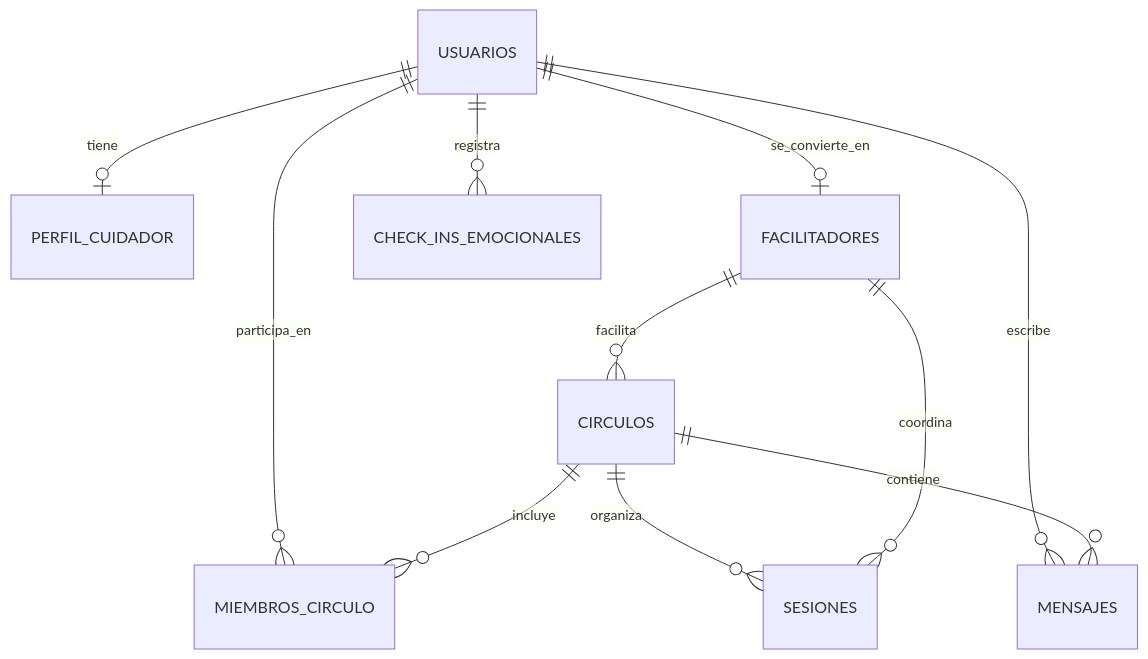
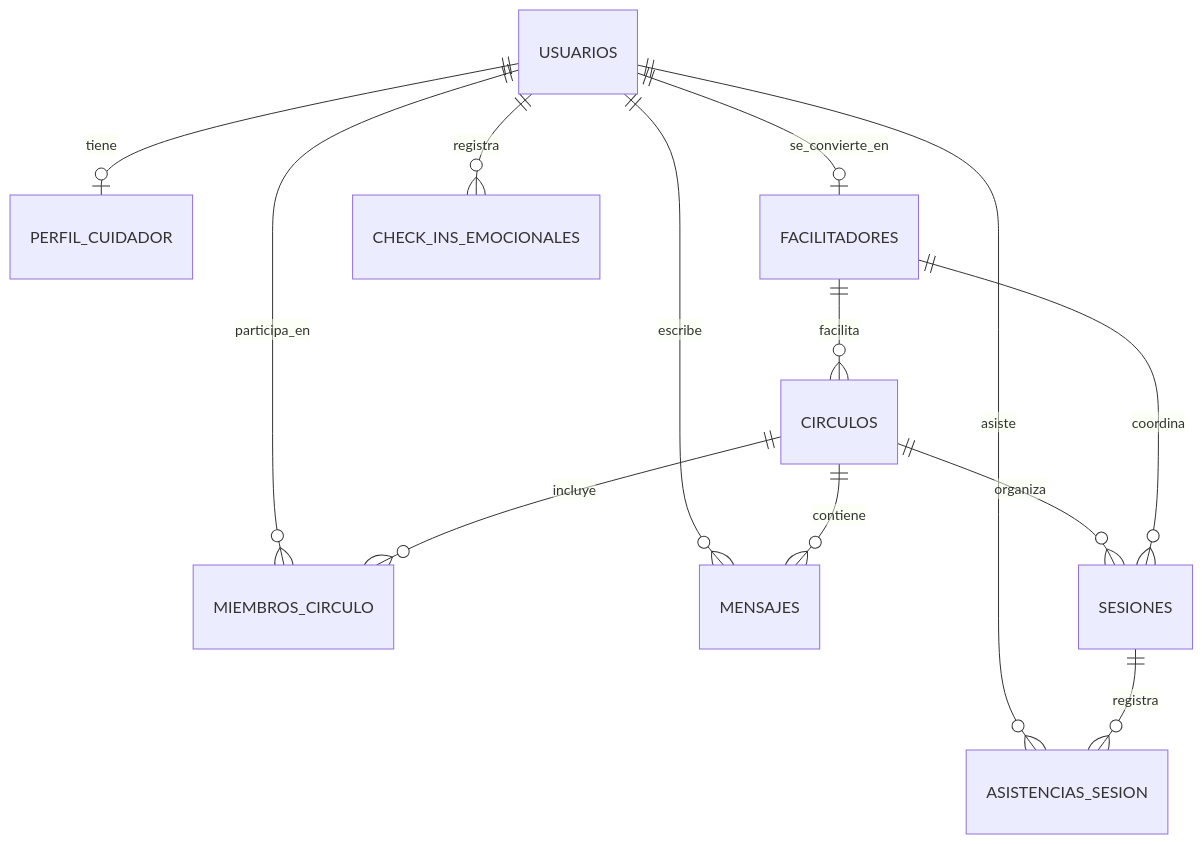
Before and after one commit to Mikelon23/circulos-de-cuidado: the diagram in docs/DB_SCHEMA.md, drawn with Mermaid. The commit also changed other lines of this file and 12 other files, not shown here.

````diff
--- a/docs/DB_SCHEMA.md
+++ b/docs/DB_SCHEMA.md
@@ -165,15 +184,17 @@
 ```mermaid
 erDiagram
   USUARIOS ||--o| PERFIL_CUIDADOR : tiene
   USUARIOS ||--o| FACILITADORES : se_convierte_en
   USUARIOS ||--o{ MIEMBROS_CIRCULO : participa_en
   USUARIOS ||--o{ MENSAJES : escribe
   USUARIOS ||--o{ CHECK_INS_EMOCIONALES : registra
+  USUARIOS ||--o{ ASISTENCIAS_SESION : asiste
 
   CIRCULOS ||--o{ MIEMBROS_CIRCULO : incluye
   CIRCULOS ||--o{ SESIONES : organiza
   CIRCULOS ||--o{ MENSAJES : contiene
+  SESIONES ||--o{ ASISTENCIAS_SESION : registra
 
   FACILITADORES ||--o{ CIRCULOS : facilita
   FACILITADORES ||--o{ SESIONES : coordina
 ```
````
